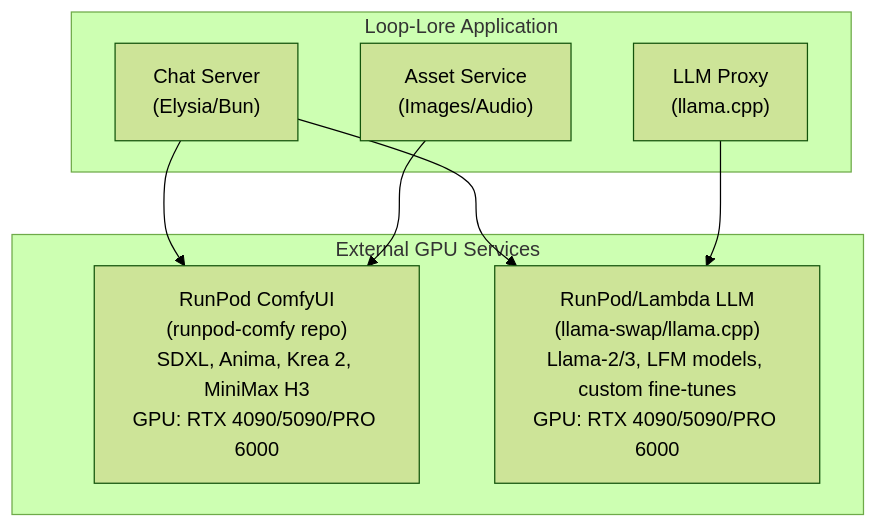
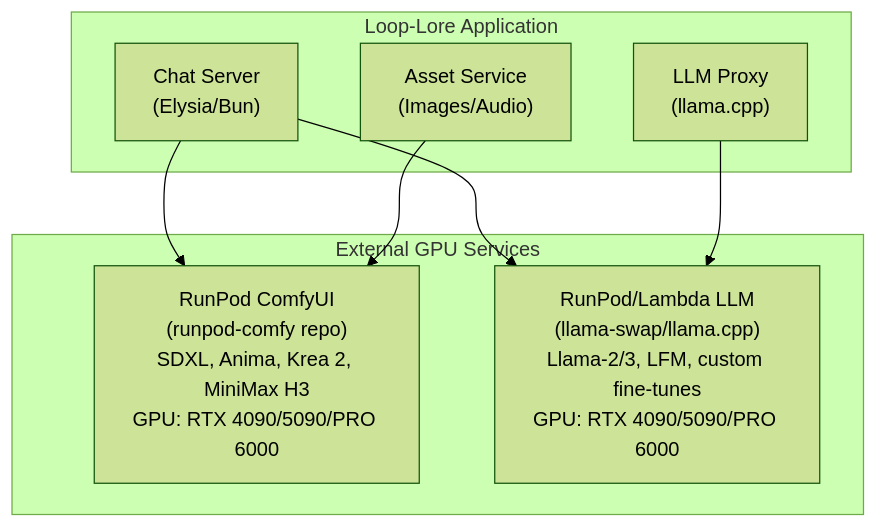
Before and after one commit to flakusha/loop-lore: the diagram in .plan/tickets/TASK-003-gpu-separation.md, drawn with Mermaid (forest theme). The commit also changed other lines of this file and 40 other files, not shown here.

````diff
--- a/.plan/tickets/TASK-003-gpu-separation.md
+++ b/.plan/tickets/TASK-003-gpu-separation.md
@@ -16,16 +31,16 @@
 ```mermaid
 flowchart TB
     subgraph APP["Loop-Lore Application"]
         CS["Chat Server<br/>(Elysia/Bun)"]
         AS["Asset Service<br/>(Images/Audio)"]
         LP["LLM Proxy<br/>(llama.cpp)"]
     end
     subgraph GPU["External GPU Services"]
         RC["RunPod ComfyUI<br/>(runpod-comfy repo)<br/>SDXL, Anima, Krea 2, MiniMax H3<br/>GPU: RTX 4090/5090/PRO 6000"]
-        RL["RunPod/Lambda LLM<br/>(llama-swap/llama.cpp)<br/>Llama-2/3, LFM models, custom fine-tunes<br/>GPU: RTX 4090/5090/PRO 6000"]
+        RL["RunPod/Lambda LLM<br/>(llama-swap/llama.cpp)<br/>Llama-2/3, LFM, custom fine-tunes<br/>GPU: RTX 4090/5090/PRO 6000"]
     end
     CS --> RC
     CS --> RL
     AS --> RC
     LP --> RL
 ```
````
